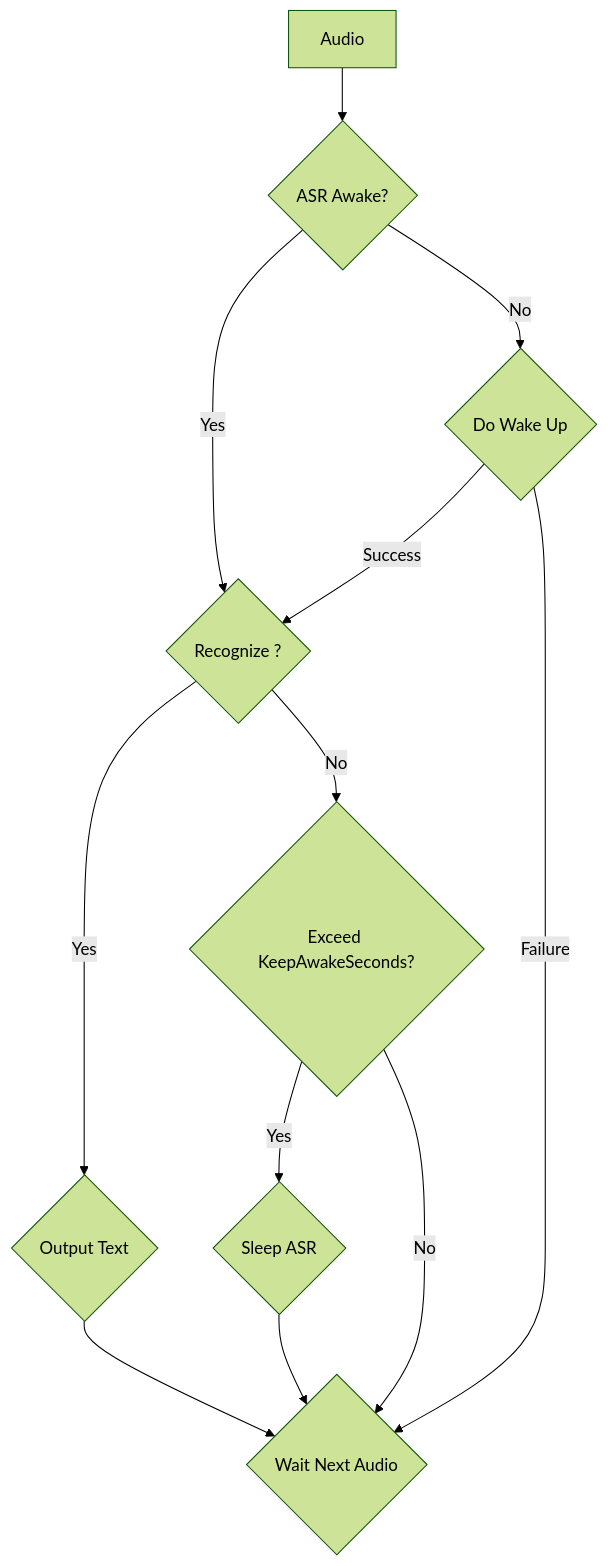
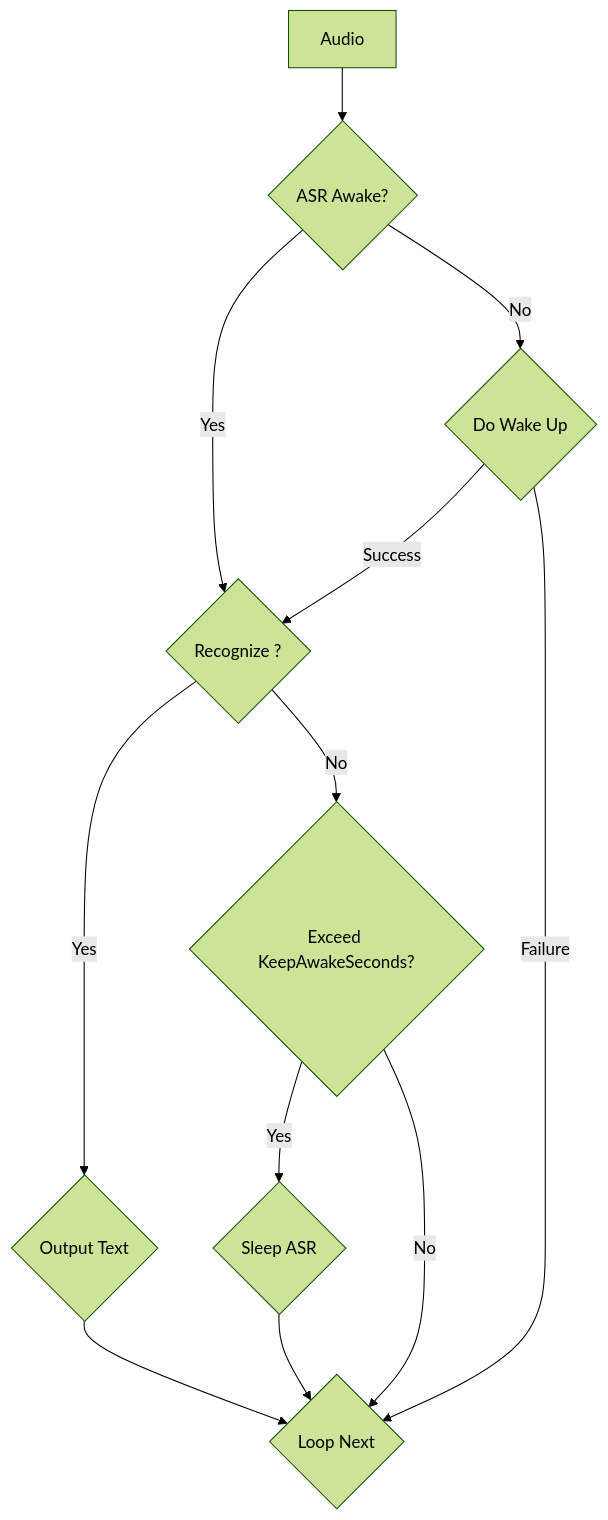
One commit to endink/Mediapipe4u-plugin changed the diagram in docs/speech/wakeup.md. Above: the diagram before and after it, drawn with Mermaid (forest theme).

````diff
--- a/docs/speech/wakeup.md
+++ b/docs/speech/wakeup.md
@@ -63,18 +63,18 @@
 ``` mermaid
 graph TD
   A[Audio] --> B{ASR Awake?};
   B --> |Yes| D{Recognize ?};
   B --> |No| C{Do Wake Up}
   C --> |Success| D
-  C --> |Failure| H{Wait Next Audio}
+  C --> |Failure| H{Loop Next}
 
   D -->|Yes| E{Output Text};
   E --> H
  
   D -->|No| F{Exceed KeepAwakeSeconds?};
 
   F --> |Yes| G{Sleep ASR}
   G --> H
   F --> |No| H
   
 ```
````
